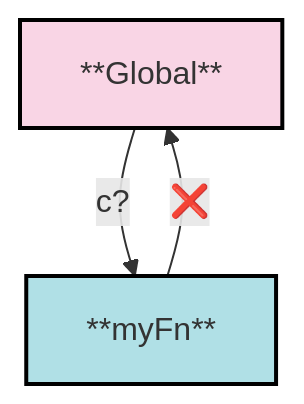
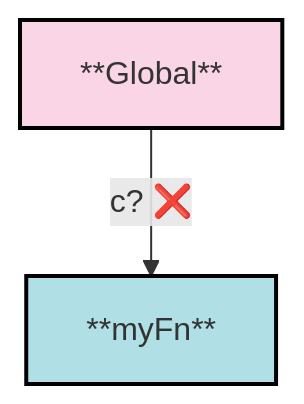
Before and after one commit to alex-monichev/hello-web: the fifth of 7 diagrams in notes/js.md, drawn with Mermaid. The commit also changed other lines of this file, not shown here.

````diff
--- a/notes/js.md
+++ b/notes/js.md
@@ -624,9 +624,8 @@
 ```mermaid
 graph TD
     A[**Global**]
     B[**myFn**]
-    A --> |c?| B
-    B --> |❌| A
+    A --> |c? ❌| B
     style A fill:#f9d5e5,stroke:#000000,stroke-width:2px
     style B fill:#b0e0e6,stroke:#000000,stroke-width:2px
 ```
````
